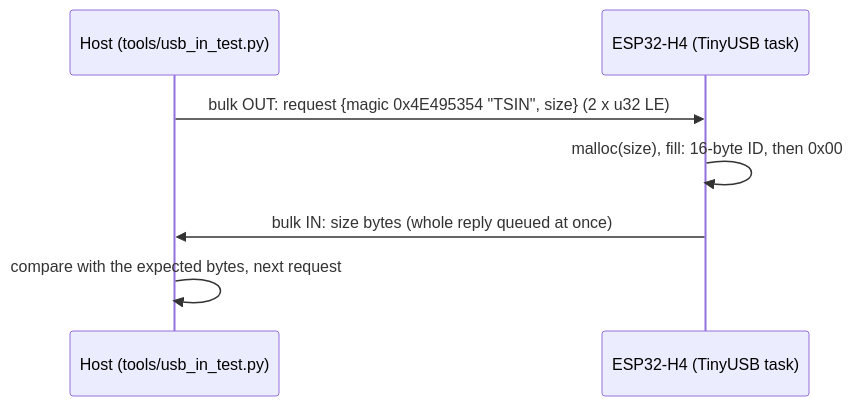
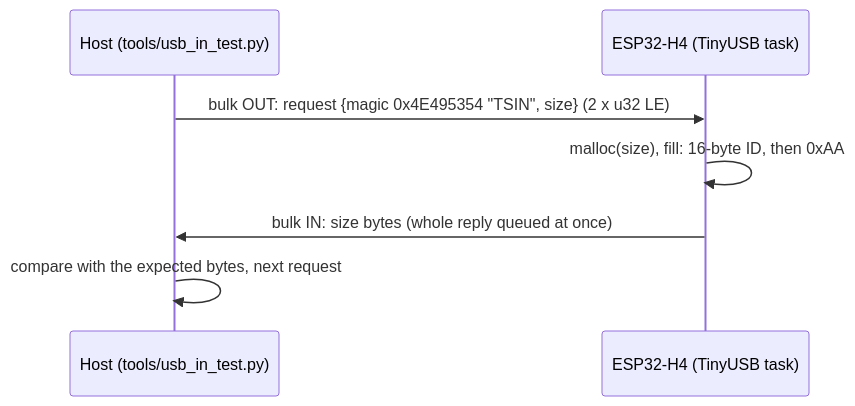
The diagram in README.md (kimngoc79/esp32h4-usb-cdc-in-loss), drawn with Mermaid before and after one commit. The commit also changed other lines of this file and 1 other file, not shown here.

````diff
--- a/README.md
+++ b/README.md
@@ -49,9 +50,9 @@
 ```mermaid
 sequenceDiagram
     participant H as Host (tools/usb_in_test.py)
     participant D as ESP32-H4 (TinyUSB task)
     H->>D: bulk OUT: request {magic 0x4E495354 "TSIN", size} (2 x u32 LE)
-    D->>D: malloc(size), fill: 16-byte ID, then 0x00
+    D->>D: malloc(size), fill: 16-byte ID, then 0xAA
     D->>H: bulk IN: size bytes (whole reply queued at once)
     H->>H: compare with the expected bytes, next request
 ```
````
